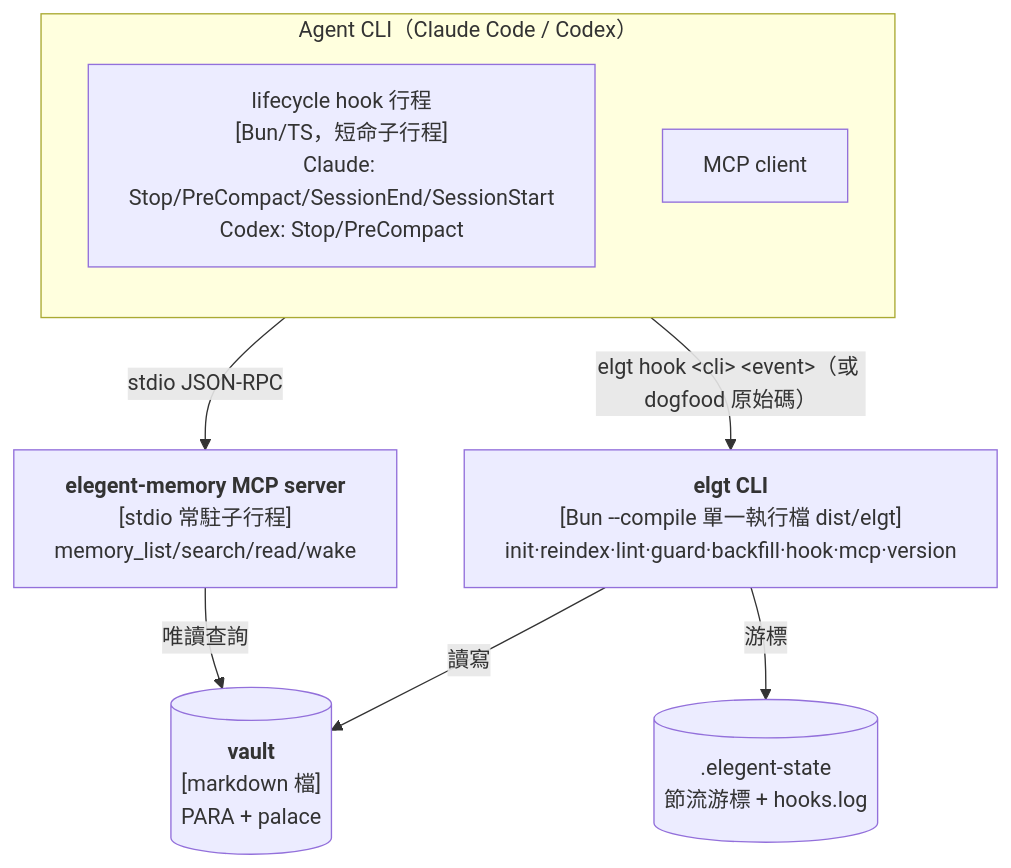
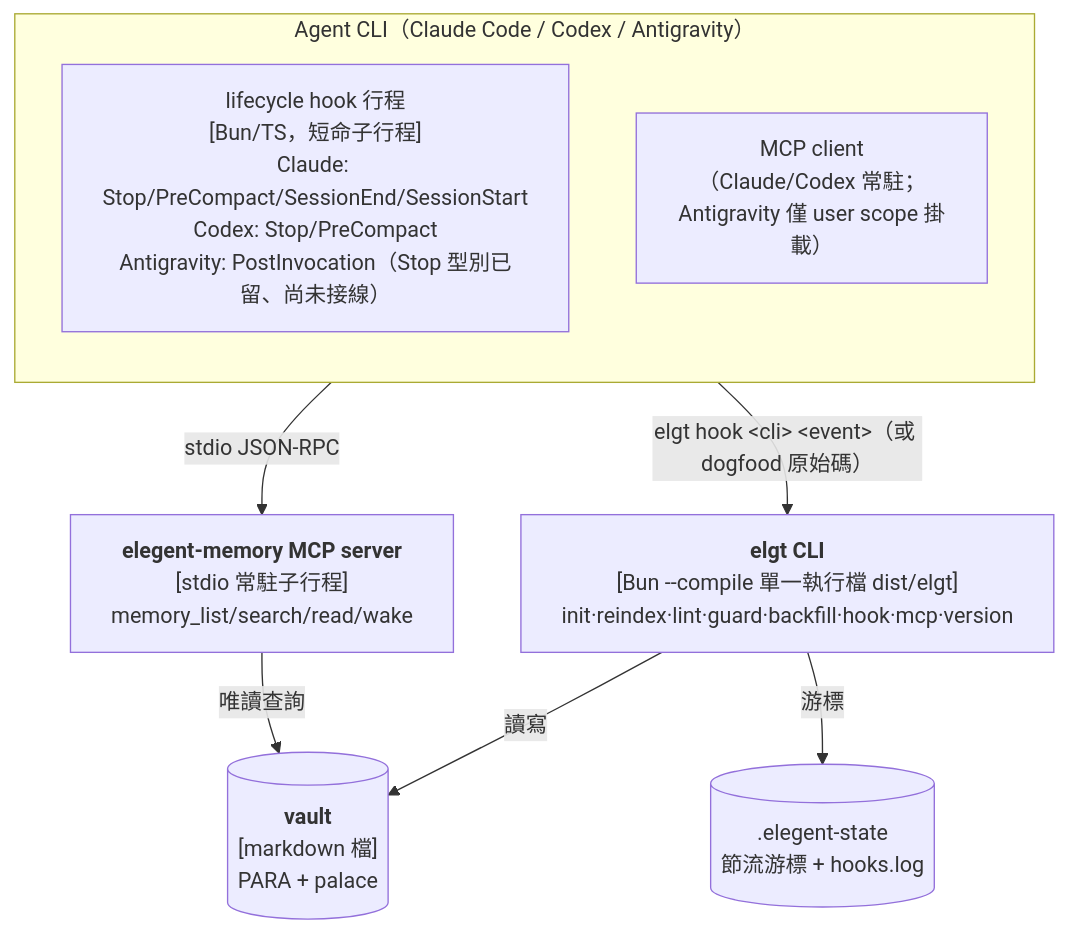
One commit to neokn/elegent changed the second of 4 diagrams in docs/architecture/c4.md. Above: the diagram before and after it, drawn with Mermaid. The commit also changed other lines of this file and 24 other files, not shown here.

````diff
--- a/docs/architecture/c4.md
+++ b/docs/architecture/c4.md
@@ -45,19 +47,19 @@
 ```mermaid
 flowchart TB
-    subgraph agent["Agent CLI（Claude Code / Codex）"]
+    subgraph agent["Agent CLI（Claude Code / Codex / Antigravity）"]
         direction TB
-        hookproc["lifecycle hook 行程<br/>[Bun/TS，短命子行程]<br/>Claude: Stop/PreCompact/SessionEnd/SessionStart<br/>Codex: Stop/PreCompact"]
-        mcpclient["MCP client"]
+        hookproc["lifecycle hook 行程<br/>[Bun/TS，短命子行程]<br/>Claude: Stop/PreCompact/SessionEnd/SessionStart<br/>Codex: Stop/PreCompact<br/>Antigravity: PostInvocation（Stop 型別已留、尚未接線）"]
+        mcpclient["MCP client<br/>（Claude/Codex 常駐；Antigravity 僅 user scope 掛載）"]
     end
 
     cli["<b>elgt CLI</b><br/>[Bun --compile 單一執行檔 dist/elgt]<br/>init·reindex·lint·guard·backfill·hook·mcp·version"]
     mcp["<b>elegent-memory MCP server</b><br/>[stdio 常駐子行程]<br/>memory_list/search/read/wake"]
     vault[("<b>vault</b><br/>[markdown 檔]<br/>PARA + palace")]
     state[(".elegent-state<br/>節流游標 + hooks.log")]
 
     hookproc -->|elgt hook &lt;cli&gt; &lt;event&gt;（或 dogfood 原始碼）| cli
     mcpclient -->|stdio JSON-RPC| mcp
     cli -->|讀寫| vault
     cli -->|游標| state
     mcp -->|唯讀查詢| vault
 ```
````
